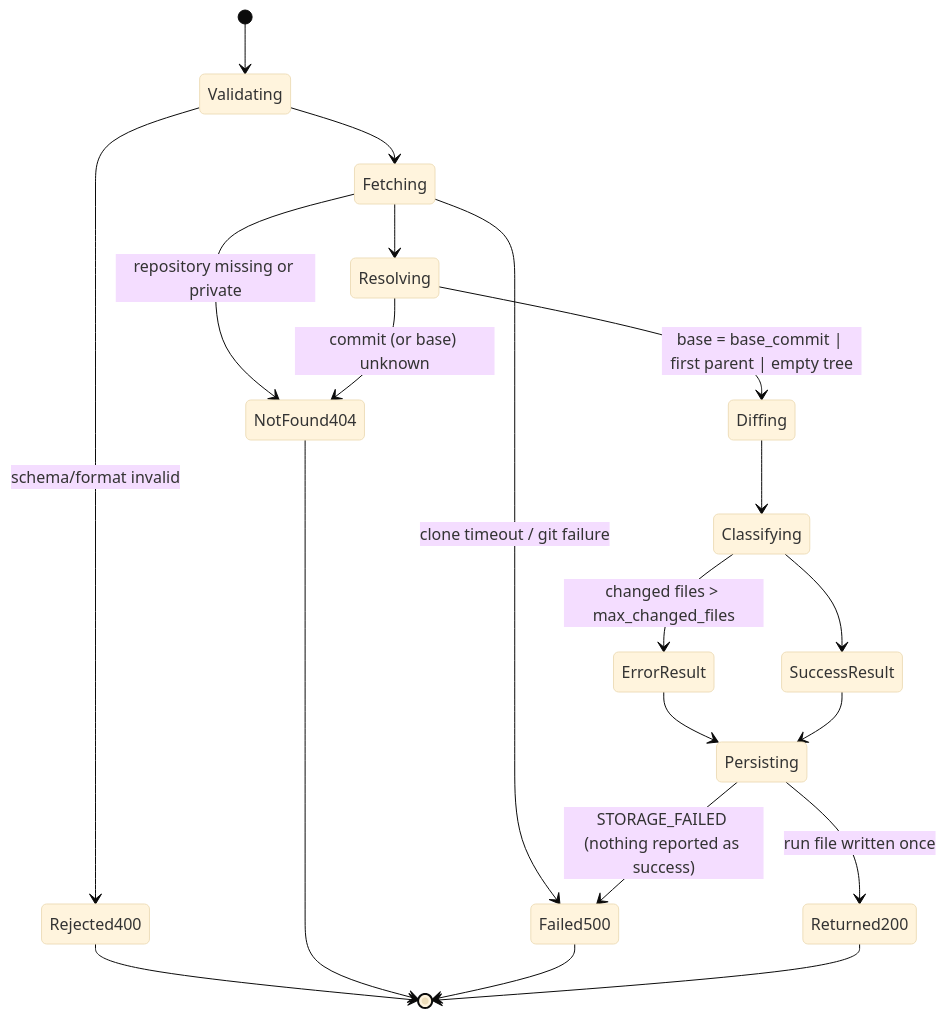
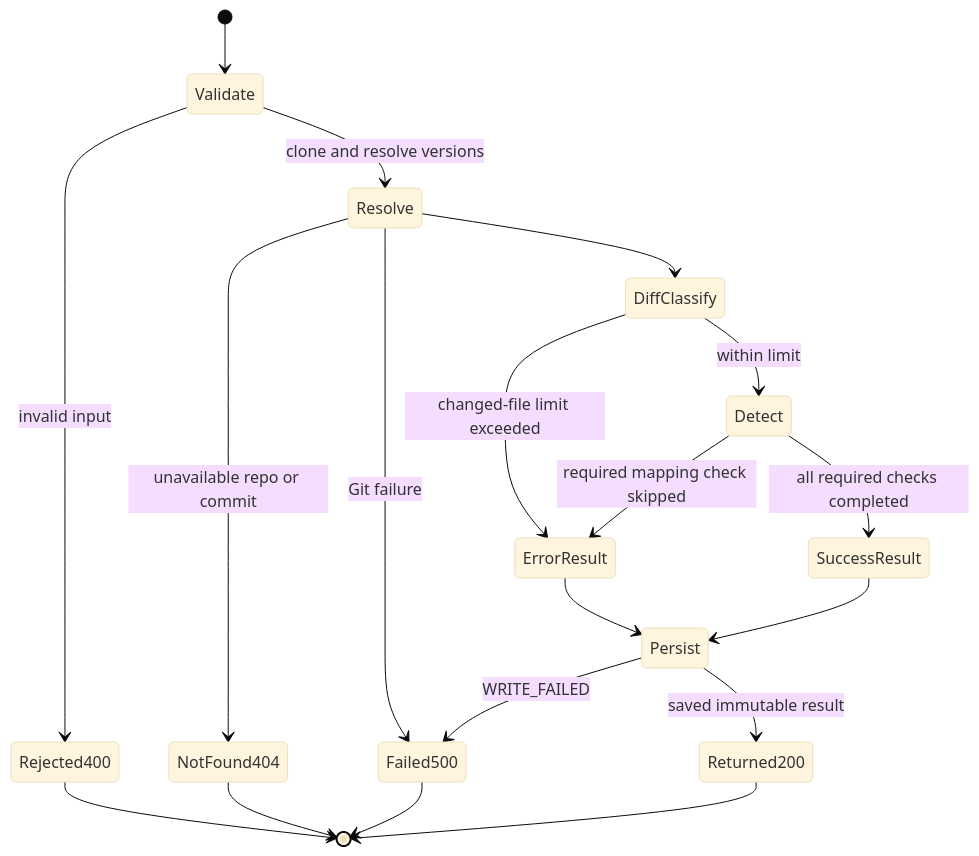
The second of 4 diagrams in docs/SYSTEM.md (ParthGupta06/doc-tracker), drawn with Mermaid (base theme) before and after one commit. The commit also changed other lines of this file and 35 other files, not shown here.

````diff
--- a/docs/SYSTEM.md
+++ b/docs/SYSTEM.md
@@ -58,22 +72,21 @@
 ```mermaid
 stateDiagram-v2
-  [*] --> Validating
-  Validating --> Rejected400: schema/format invalid
-  Validating --> Fetching
-  Fetching --> NotFound404: repository missing or private
-  Fetching --> Failed500: clone timeout / git failure
-  Fetching --> Resolving
-  Resolving --> NotFound404: commit (or base) unknown
-  Resolving --> Diffing: base = base_commit | first parent | empty tree
-  Diffing --> Classifying
-  Classifying --> ErrorResult: changed files > max_changed_files
-  Classifying --> SuccessResult
-  ErrorResult --> Persisting
-  SuccessResult --> Persisting
-  Persisting --> Returned200: run file written once
-  Persisting --> Failed500: STORAGE_FAILED (nothing reported as success)
+  [*] --> Validate
+  Validate --> Rejected400: invalid input
+  Validate --> Resolve: clone and resolve versions
+  Resolve --> NotFound404: unavailable repo or commit
+  Resolve --> Failed500: Git failure
+  Resolve --> DiffClassify
+  DiffClassify --> ErrorResult: changed-file limit exceeded
+  DiffClassify --> Detect: within limit
+  Detect --> ErrorResult: required mapping check skipped
+  Detect --> SuccessResult: all required checks completed
+  ErrorResult --> Persist
+  SuccessResult --> Persist
+  Persist --> Returned200: saved immutable result
+  Persist --> Failed500: WRITE_FAILED
   Rejected400 --> [*]
   NotFound404 --> [*]
   Failed500 --> [*]
   Returned200 --> [*]
 ```
````
